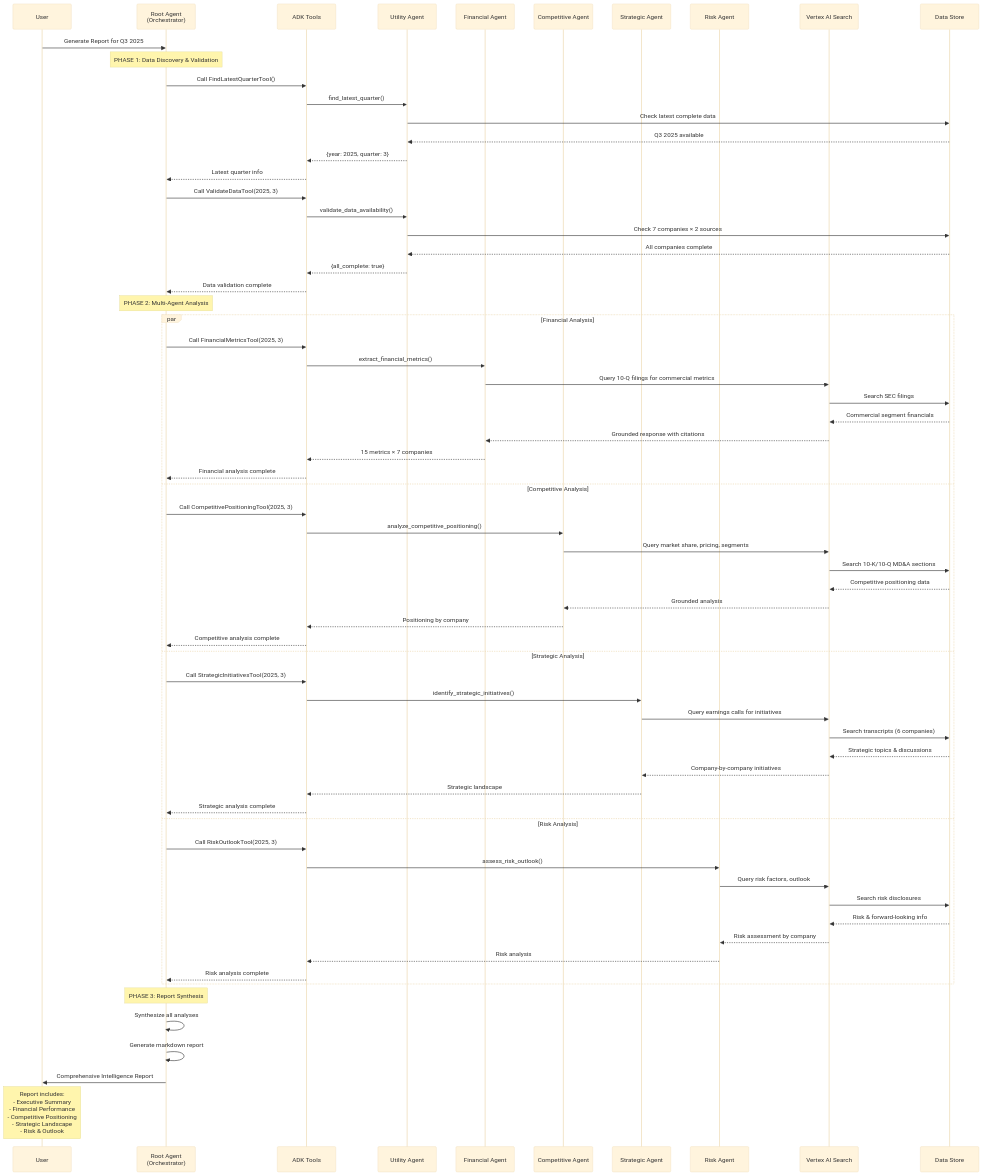
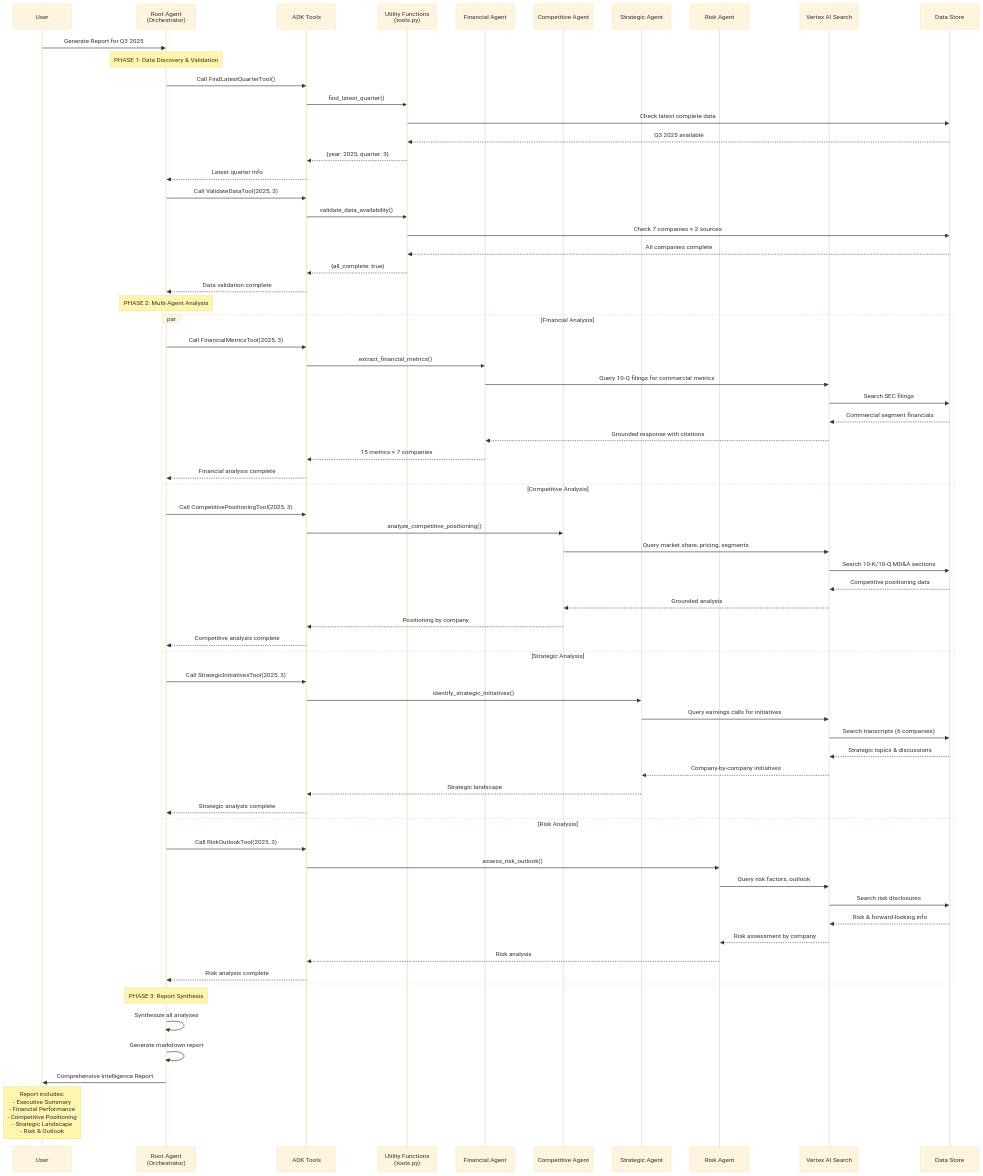
Before and after one commit to tgrady101/Insurance_AI_POC: the fourth of 11 diagrams in ARCHITECTURE_FLOW.md, drawn with Mermaid (base theme). The commit also changed other lines of this file and 5 other files, not shown here.

````diff
--- a/ARCHITECTURE_FLOW.md
+++ b/ARCHITECTURE_FLOW.md
@@ -180,77 +180,77 @@
 ```mermaid
 sequenceDiagram
     participant User
     participant RootAgent as Root Agent<br/>(Orchestrator)
     participant Tools as ADK Tools
-    participant Util as Utility Agent
+    participant Util as Utility Functions<br/>(tools.py)
     participant Fin as Financial Agent
     participant Comp as Competitive Agent
     participant Strat as Strategic Agent
     participant Risk as Risk Agent
     participant VS as Vertex AI Search
     participant Data as Data Store
 
     User->>RootAgent: Generate Report for Q3 2025
     
     Note over RootAgent: PHASE 1: Data Discovery & Validation
     RootAgent->>Tools: Call FindLatestQuarterTool()
     Tools->>Util: find_latest_quarter()
     Util->>Data: Check latest complete data
     Data-->>Util: Q3 2025 available
     Util-->>Tools: {year: 2025, quarter: 3}
     Tools-->>RootAgent: Latest quarter info
     
     RootAgent->>Tools: Call ValidateDataTool(2025, 3)
     Tools->>Util: validate_data_availability()
     Util->>Data: Check 7 companies × 2 sources
     Data-->>Util: All companies complete
     Util-->>Tools: {all_complete: true}
     Tools-->>RootAgent: Data validation complete
     
     Note over RootAgent: PHASE 2: Multi-Agent Analysis
     
     par Financial Analysis
         RootAgent->>Tools: Call FinancialMetricsTool(2025, 3)
         Tools->>Fin: extract_financial_metrics()
         Fin->>VS: Query 10-Q filings for commercial metrics
         VS->>Data: Search SEC filings
         Data-->>VS: Commercial segment financials
         VS-->>Fin: Grounded response with citations
         Fin-->>Tools: 15 metrics × 7 companies
         Tools-->>RootAgent: Financial analysis complete
     and Competitive Analysis
         RootAgent->>Tools: Call CompetitivePositioningTool(2025, 3)
         Tools->>Comp: analyze_competitive_positioning()
         Comp->>VS: Query market share, pricing, segments
         VS->>Data: Search 10-K/10-Q MD&A sections
         Data-->>VS: Competitive positioning data
         VS-->>Comp: Grounded analysis
         Comp-->>Tools: Positioning by company
         Tools-->>RootAgent: Competitive analysis complete
     and Strategic Analysis
         RootAgent->>Tools: Call StrategicInitiativesTool(2025, 3)
         Tools->>Strat: identify_strategic_initiatives()
         Strat->>VS: Query earnings calls for initiatives
         VS->>Data: Search transcripts (6 companies)
         Data-->>VS: Strategic topics & discussions
         VS-->>Strat: Company-by-company initiatives
         Strat-->>Tools: Strategic landscape
         Tools-->>RootAgent: Strategic analysis complete
     and Risk Analysis
         RootAgent->>Tools: Call RiskOutlookTool(2025, 3)
         Tools->>Risk: assess_risk_outlook()
         Risk->>VS: Query risk factors, outlook
         VS->>Data: Search risk disclosures
         Data-->>VS: Risk & forward-looking info
         VS-->>Risk: Risk assessment by company
         Risk-->>Tools: Risk analysis
         Tools-->>RootAgent: Risk analysis complete
     end
     
     Note over RootAgent: PHASE 3: Report Synthesis
     RootAgent->>RootAgent: Synthesize all analyses
     RootAgent->>RootAgent: Generate markdown report
     RootAgent->>User: Comprehensive Intelligence Report
     
     Note over User: Report includes:<br/>- Executive Summary<br/>- Financial Performance<br/>- Competitive Positioning<br/>- Strategic Landscape<br/>- Risk & Outlook
 ```
````
